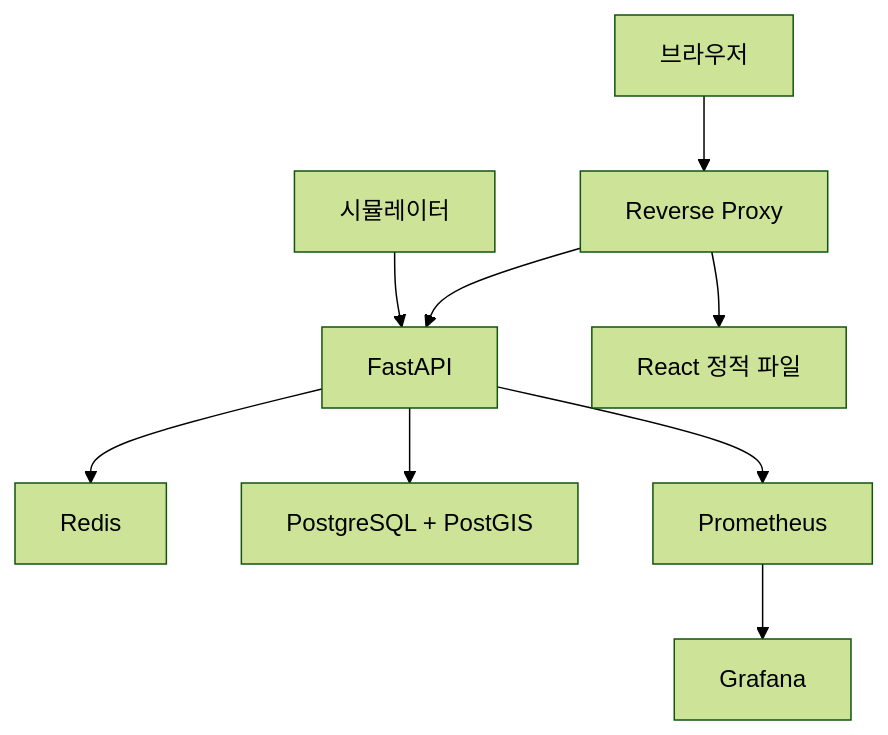
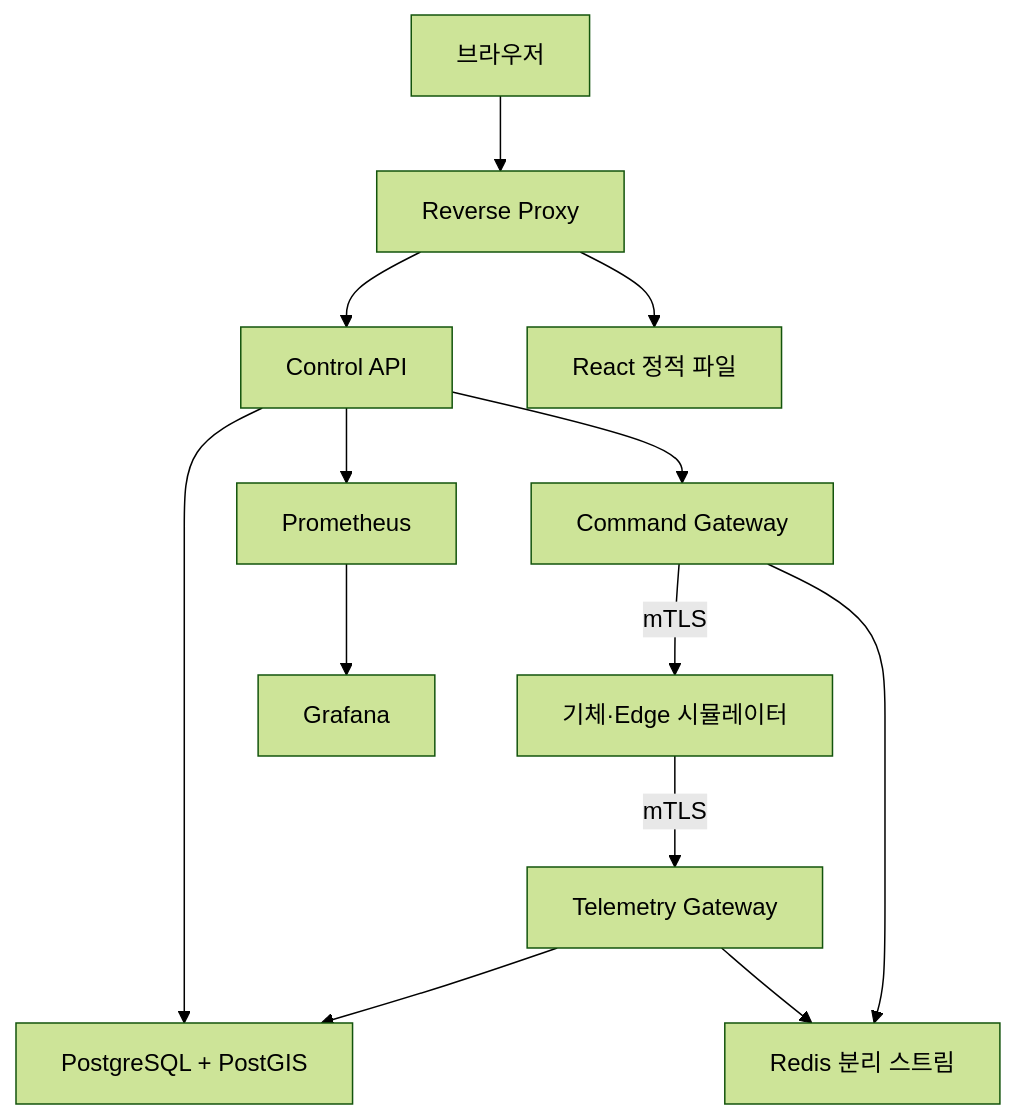
The diagram in docs/planning/04_인프라_네트워크_클라우드.md (croppedeyebrow/Military_Project-AeroOps), drawn with Mermaid (forest theme) before and after one commit. The commit also changed other lines of this file and 135 other files, not shown here.

First line of the commit message:
feat: Command/Telemetry 채널 분리 반영, 1~3단계 보정, 4단계(2D 실시간 관제·재동기화) 구현

````diff
--- a/docs/planning/04_인프라_네트워크_클라우드.md
+++ b/docs/planning/04_인프라_네트워크_클라우드.md
@@ -5,11 +5,15 @@
 ```mermaid
 flowchart TD
     BROWSER["브라우저"] --> PROXY["Reverse Proxy"]
-    SIM["시뮬레이터"] --> API["FastAPI"]
-    PROXY --> API
+    SIM["기체·Edge 시뮬레이터"] -->|"mTLS"| TGW["Telemetry Gateway"]
+    PROXY --> API["Control API"]
+    API --> CGW["Command Gateway"]
+    CGW -->|"mTLS"| SIM
+    TGW --> REDIS["Redis 분리 스트림"]
+    CGW --> REDIS
     PROXY --> WEB["React 정적 파일"]
-    API --> REDIS["Redis"]
     API --> PG["PostgreSQL + PostGIS"]
+    TGW --> PG
     API --> METRIC["Prometheus"]
     METRIC --> GRAFANA["Grafana"]
 ```
````
